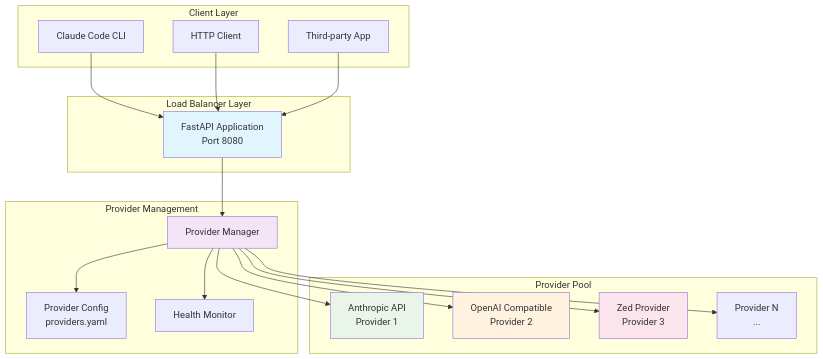
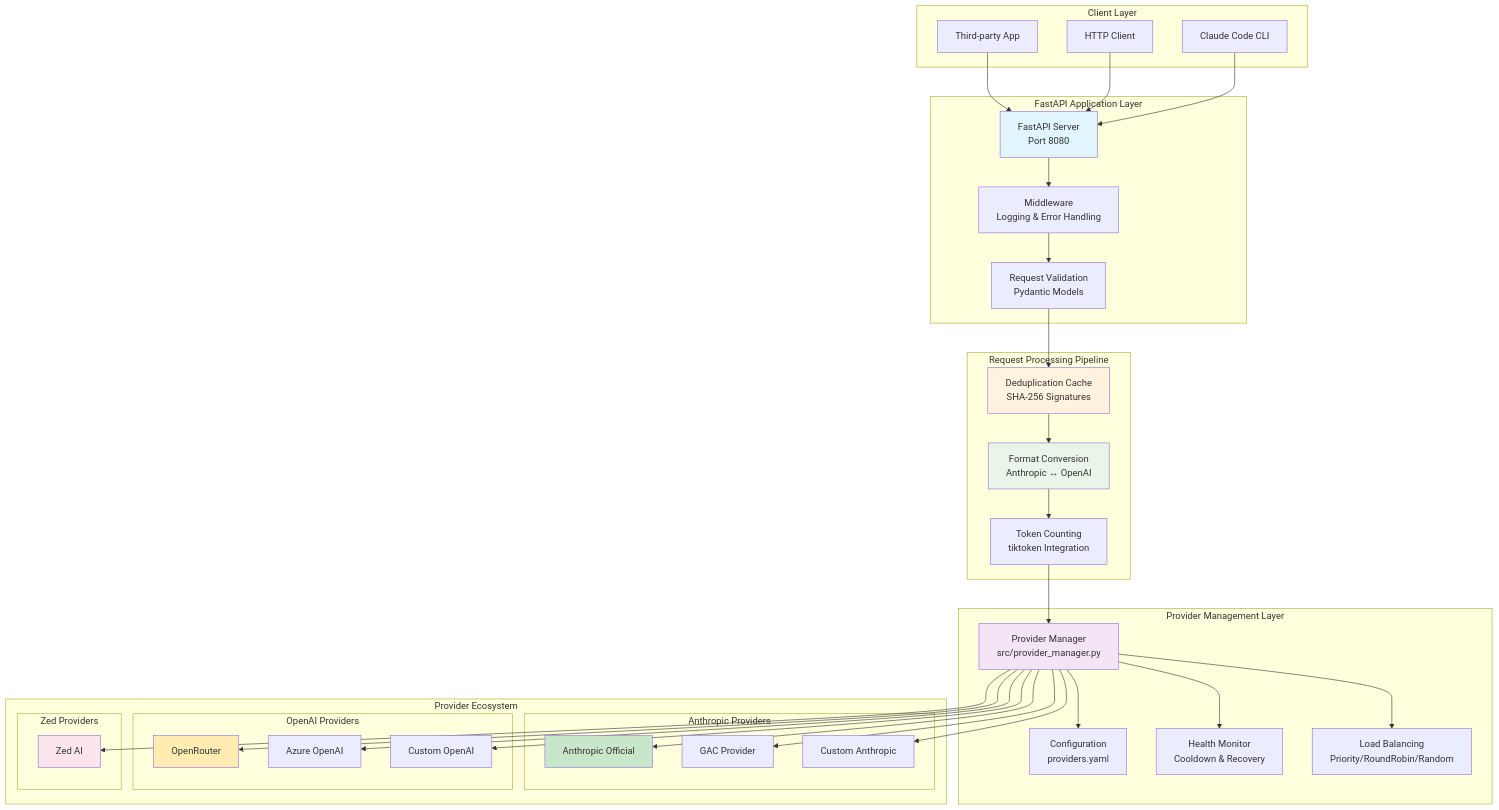
The first of 10 diagrams in docs/architecture-diagrams.md (zkytech/claude-code-provider-balancer), drawn with Mermaid before and after one commit. The commit also changed other lines of this file and 5 other files, not shown here.

````diff
--- a/docs/architecture-diagrams.md
+++ b/docs/architecture-diagrams.md
@@ -5,44 +5,74 @@
 ```mermaid
 graph TB
     subgraph "Client Layer"
         C1[Claude Code CLI]
         C2[HTTP Client]
         C3[Third-party App]
     end
     
-    subgraph "Load Balancer Layer"
-        LB[FastAPI Application<br/>Port 8080]
+    subgraph "FastAPI Application Layer"
+        LB[FastAPI Server<br/>Port 8080]
+        MW[Middleware<br/>Logging & Error Handling]
+        RV[Request Validation<br/>Pydantic Models]
     end
     
-    subgraph "Provider Management"
-        PM[Provider Manager]
-        PC[Provider Config<br/>providers.yaml]
-        HM[Health Monitor]
+    subgraph "Request Processing Pipeline"
+        DD[Deduplication Cache<br/>SHA-256 Signatures]
+        FC[Format Conversion<br/>Anthropic ↔ OpenAI]
+        TC[Token Counting<br/>tiktoken Integration]
     end
     
-    subgraph "Provider Pool"
-        P1[Anthropic API<br/>Provider 1]
-        P2[OpenAI Compatible<br/>Provider 2]
-        P3[Zed Provider<br/>Provider 3]
-        PN[Provider N<br/>...]
+    subgraph "Provider Management Layer"
+        PM[Provider Manager<br/>src/provider_manager.py]
+        PC[Configuration<br/>providers.yaml]
+        HM[Health Monitor<br/>Cooldown & Recovery]
+        LBS[Load Balancing<br/>Priority/RoundRobin/Random]
+    end
+    
+    subgraph "Provider Ecosystem"
+        subgraph "Anthropic Providers"
+            P1[Anthropic Official]
+            P2[GAC Provider]
+            P3[Custom Anthropic]
+        end
+        subgraph "OpenAI Providers"
+            P4[OpenRouter]
+            P5[Azure OpenAI]
+            P6[Custom OpenAI]
+        end
+        subgraph "Zed Providers"
+            P7[Zed AI]
+        end
     end
     
     C1 --> LB
     C2 --> LB
     C3 --> LB
     
-    LB --> PM
+    LB --> MW
+    MW --> RV
+    RV --> DD
+    DD --> FC
+    FC --> TC
+    TC --> PM
+    
     PM --> PC
     PM --> HM
+    PM --> LBS
     
     PM --> P1
     PM --> P2
     PM --> P3
-    PM --> PN
+    PM --> P4
+    PM --> P5
+    PM --> P6
+    PM --> P7
     
     style LB fill:#e1f5fe
     style PM fill:#f3e5f5
-    style P1 fill:#e8f5e8
-    style P2 fill:#fff3e0
-    style P3 fill:#fce4ec
+    style DD fill:#fff3e0
+    style FC fill:#e8f5e8
+    style P1 fill:#c8e6c9
+    style P4 fill:#ffecb3
+    style P7 fill:#fce4ec
 ```
````
